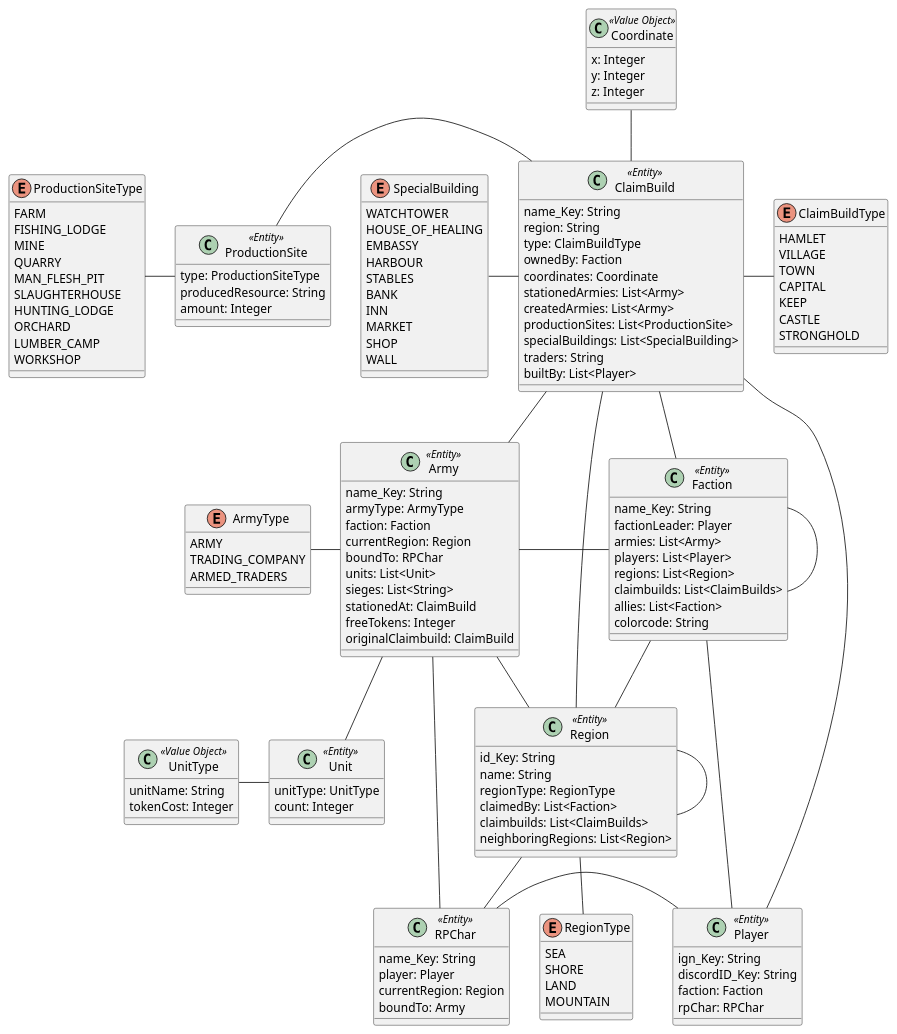
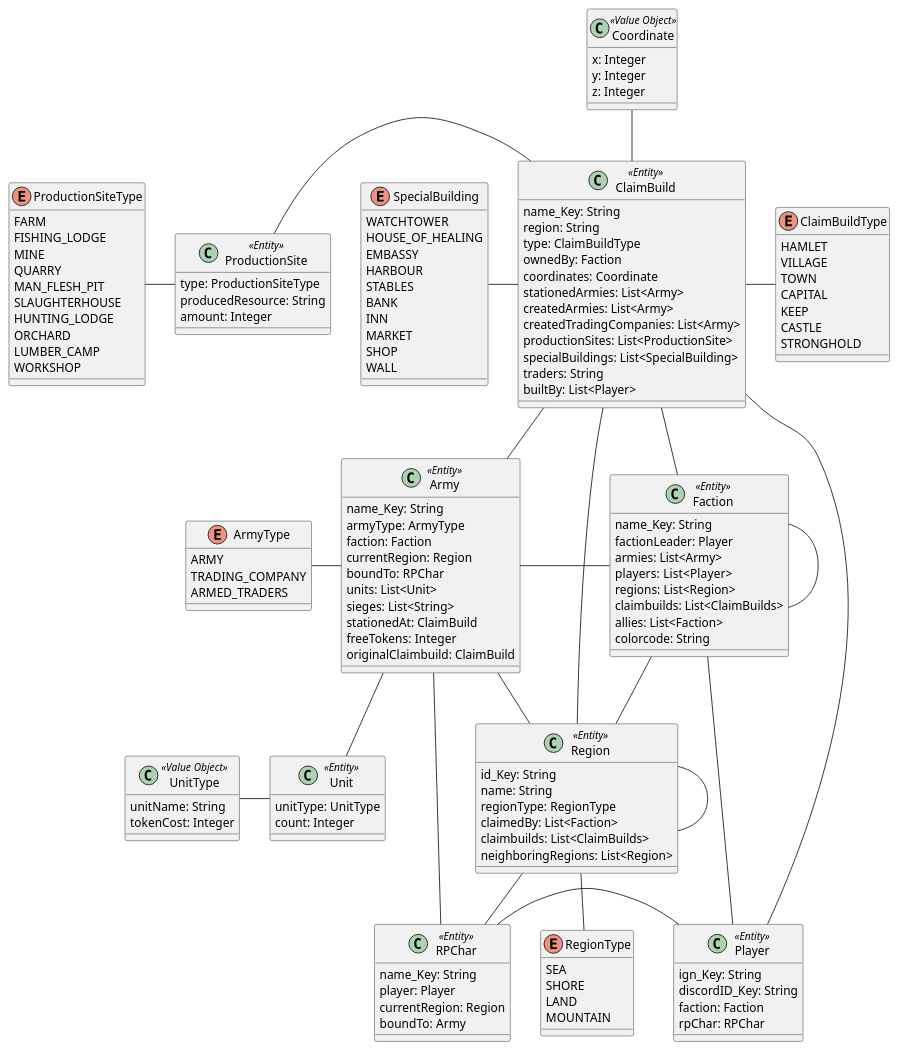
One commit to Team-KekX/Ardas-Legends-App changed the diagram in ALRoleplaySystem/src/main/java/puml/ArdasLegendsDomain.puml. Above: the diagram before and after it, drawn with PlantUML. The commit also changed 1 other file, not shown here.

Commit message:
Made an own list for trading companies in claimbuild
Made an own list for trading companies in claimbuild so that the data is
split up more cleanly and it is easier to search for them. Also makes
data more readable in the spreadsheet later on.

	- Added List<Army> createdTradingCompanies in claimbuild

```diff
--- a/ALRoleplaySystem/src/main/java/puml/ArdasLegendsDomain.puml
+++ b/ALRoleplaySystem/src/main/java/puml/ArdasLegendsDomain.puml
@@ -1,166 +1,167 @@
 @startuml
 class Region <<Entity>> {
     id_Key: String
     name: String
     regionType: RegionType
     claimedBy: List<Faction>
     claimbuilds: List<ClaimBuilds>
     neighboringRegions: List<Region>
 }
 
 enum RegionType {
     SEA
     SHORE
     LAND
     MOUNTAIN
 }
 
 class ClaimBuild <<Entity>> {
     name_Key: String
     region: String
     type: ClaimBuildType
     ownedBy: Faction
     coordinates: Coordinate
     stationedArmies: List<Army>
     createdArmies: List<Army>
+    createdTradingCompanies: List<Army>
     productionSites: List<ProductionSite>
     specialBuildings: List<SpecialBuilding>
     traders: String
     builtBy: List<Player>
 }
 
 enum ClaimBuildType {
     HAMLET
     VILLAGE
     TOWN
     CAPITAL
     KEEP
     CASTLE
     STRONGHOLD
 }
 
 class Faction <<Entity>> {
     name_Key: String
     factionLeader: Player
     armies: List<Army>
     players:  List<Player>
     regions: List<Region>
     claimbuilds: List<ClaimBuilds>
     allies: List<Faction>
     colorcode: String
 }
 
 class Player <<Entity>> {
     ign_Key: String
     discordID_Key: String
     faction: Faction
     rpChar: RPChar
 }
 
 class RPChar <<Entity>> {
     name_Key: String
     player: Player
     currentRegion: Region
     boundTo: Army
 }
 
 class Coordinate <<Value Object>> {
     x: Integer
     y: Integer
     z: Integer
 }
 
 class ProductionSite <<Entity>> {
     type: ProductionSiteType
     producedResource: String
     amount: Integer
 }
 
 enum ProductionSiteType {
     FARM
     FISHING_LODGE
     MINE
     QUARRY
     MAN_FLESH_PIT
     SLAUGHTERHOUSE
     HUNTING_LODGE
     ORCHARD
     LUMBER_CAMP
     WORKSHOP
 }
 
 enum SpecialBuilding {
     WATCHTOWER
     HOUSE_OF_HEALING
     EMBASSY
     HARBOUR
     STABLES
     BANK
     INN
     MARKET
     SHOP
     WALL
 }
 
 class Army <<Entity>> {
     name_Key: String
     armyType: ArmyType
     faction: Faction
     currentRegion: Region
     boundTo: RPChar
     units: List<Unit>
     sieges: List<String>
     stationedAt: ClaimBuild
     freeTokens: Integer
     originalClaimbuild: ClaimBuild
 }
 
 enum ArmyType {
     ARMY
     TRADING_COMPANY
     ARMED_TRADERS
 }
 
 class Unit <<Entity>> {
     unitType: UnitType
     count: Integer
 }
 
 class UnitType <<Value Object>> {
     unitName: String
     tokenCost: Integer
 }
 
 Region -  ClaimBuild
 Region - Region
 Region -down- RPChar
 RegionType -up- Region
 
 Faction -down- Region
 Faction -right Player
 Faction -left Army
 Faction -up- ClaimBuild
 Faction - Faction
 
 ClaimBuild - Player
 ClaimBuild -right- ClaimBuildType
 ClaimBuild -up- Coordinate
 ClaimBuild - Army
 
 ProductionSite - ClaimBuild
 SpecialBuilding - ClaimBuild
 
 ProductionSite -left- ProductionSiteType
 
 
 RPChar - Player
 
 Army -down- Unit
 Army - Region
 Army - RPChar
 
 ArmyType - Army
 
 UnitType - Unit
 
 @enduml
```
